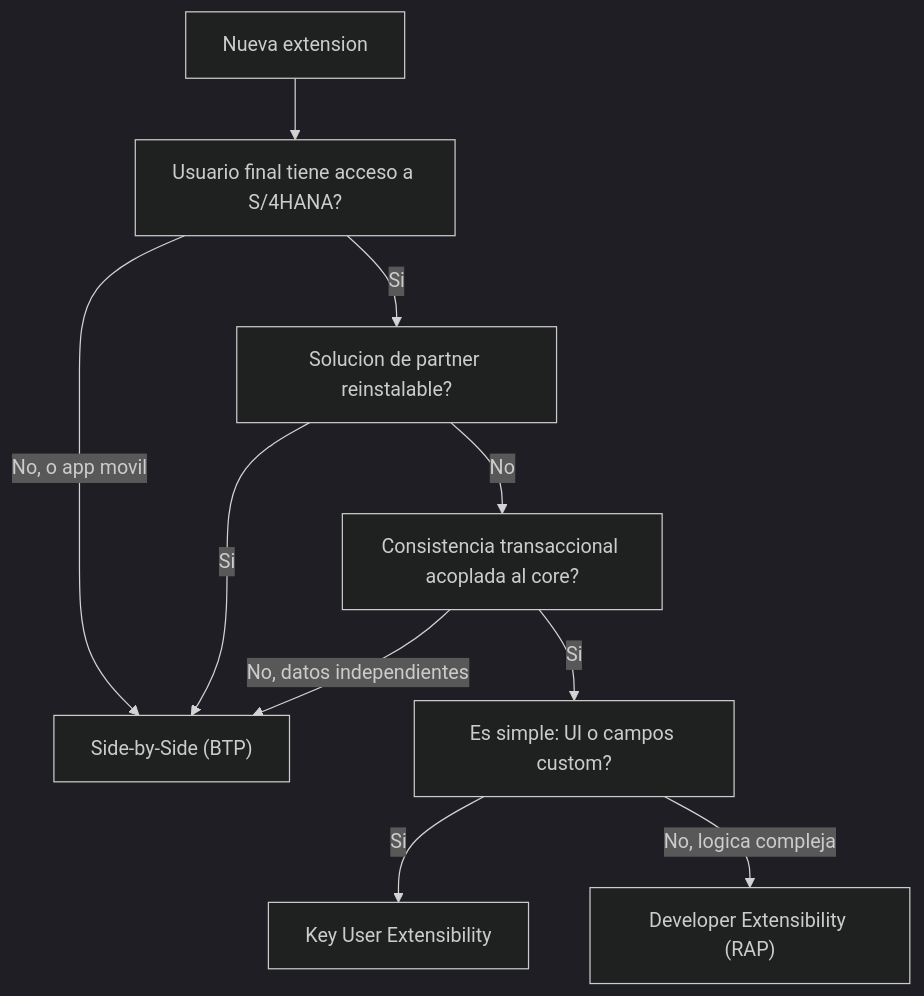
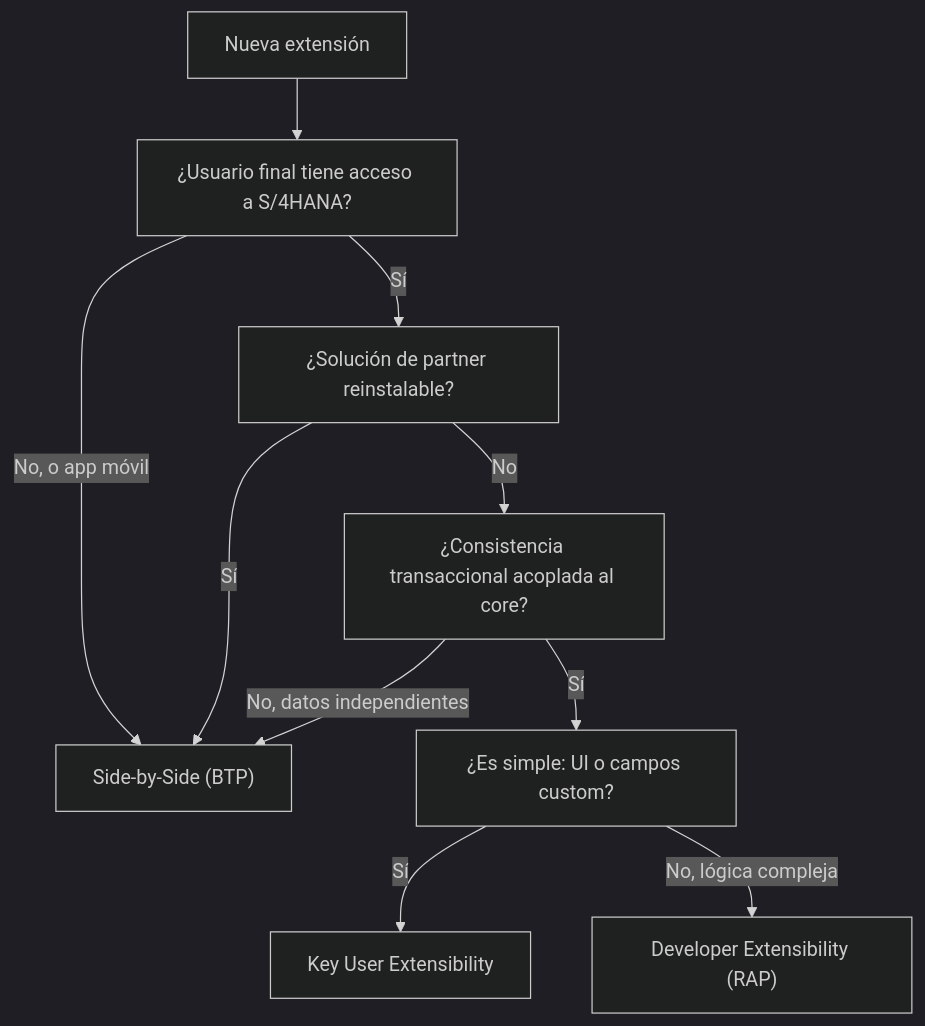
One commit to logalitech/blog-content changed the diagram in es/abap-cloud-tres-niveles-extensibilidad.mdx. Above: the diagram before and after it, drawn with Mermaid (dark theme). The commit also changed other lines of this file and 49 other files, not shown here.

````diff
--- a/es/abap-cloud-tres-niveles-extensibilidad.mdx
+++ b/es/abap-cloud-tres-niveles-extensibilidad.mdx
@@ -41,12 +41,12 @@
 ```mermaid
 flowchart TD
- Start["Nueva extension"] --> Q1["Usuario final tiene acceso a S/4HANA?"]
- Q1 -->|No, o app movil| SBS["Side-by-Side (BTP)"]
- Q1 -->|Si| Q2["Solucion de partner reinstalable?"]
- Q2 -->|Si| SBS
- Q2 -->|No| Q3["Consistencia transaccional acoplada al core?"]
+ Start["Nueva extensión"] --> Q1["¿Usuario final tiene acceso a S/4HANA?"]
+ Q1 -->|No, o app móvil| SBS["Side-by-Side (BTP)"]
+ Q1 -->|Sí| Q2["¿Solución de partner reinstalable?"]
+ Q2 -->|Sí| SBS
+ Q2 -->|No| Q3["¿Consistencia transaccional acoplada al core?"]
  Q3 -->|No, datos independientes| SBS
- Q3 -->|Si| Q4["Es simple: UI o campos custom?"]
- Q4 -->|Si| KU["Key User Extensibility"]
- Q4 -->|No, logica compleja| DEV["Developer Extensibility (RAP)"]
+ Q3 -->|Sí| Q4["¿Es simple: UI o campos custom?"]
+ Q4 -->|Sí| KU["Key User Extensibility"]
+ Q4 -->|No, lógica compleja| DEV["Developer Extensibility (RAP)"]
 ```
````
